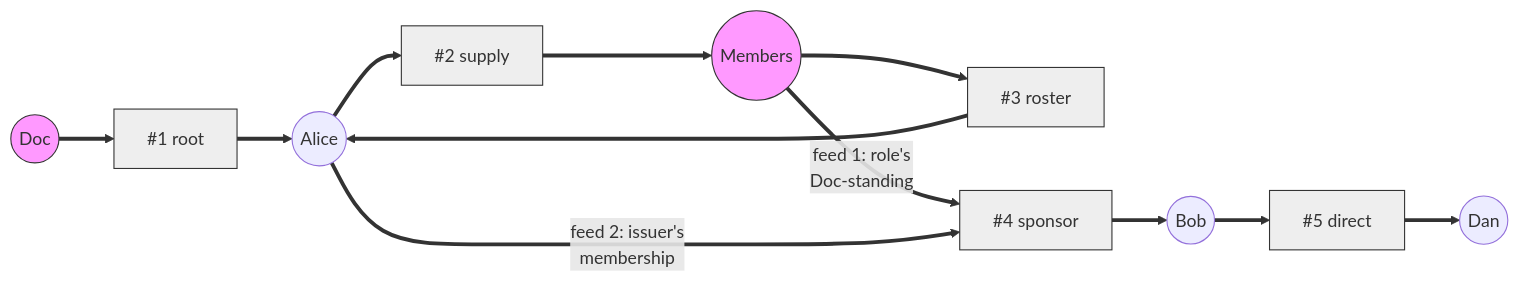
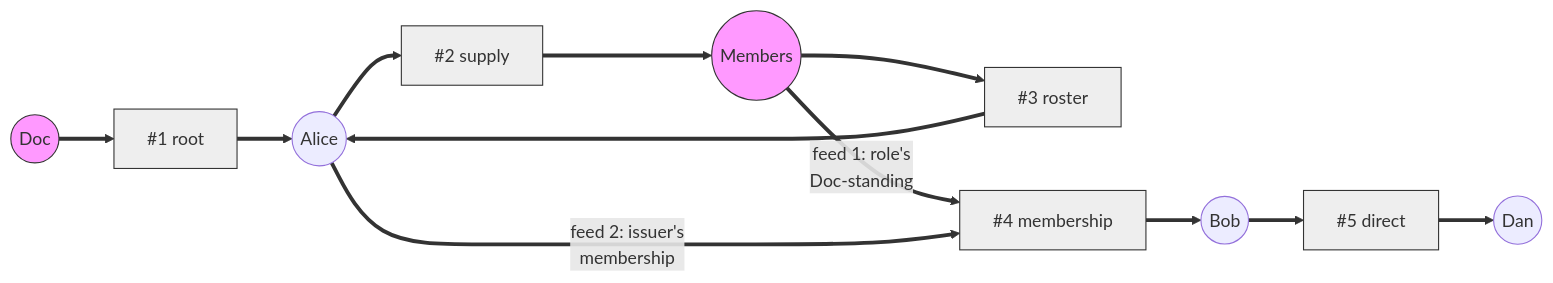
The diagram in design/keyline/evaluation-notes.md (inkandswitch/keyhive), drawn with Mermaid before and after one commit. The commit also changed other lines of this file and 18 other files, not shown here.

````diff
--- a/design/keyline/evaluation-notes.md
+++ b/design/keyline/evaluation-notes.md
@@ -78,25 +78,25 @@
 ```mermaid
 flowchart LR
     classDef subject fill:#f9f,stroke:#333
     classDef cert fill:#eee,stroke:#333
 
     Doc((Doc)):::subject
     Members((Members)):::subject
     Alice((Alice))
     Bob((Bob))
     Dan((Dan))
 
     c1["#1 root"]:::cert
     c2["#2 supply"]:::cert
     c3["#3 roster"]:::cert
-    c4["#4 sponsor"]:::cert
+    c4["#4 membership"]:::cert
     c5["#5 direct"]:::cert
 
     Doc ==> c1 ==> Alice
     Alice ==> c2 ==> Members
     Members ==> c3 ==> Alice
     Members ==>|"feed 1: role's<br/>Doc-standing"| c4
     Alice ==>|"feed 2: issuer's<br/>membership"| c4
     c4 ==> Bob
     Bob ==> c5 ==> Dan
 ```
````
